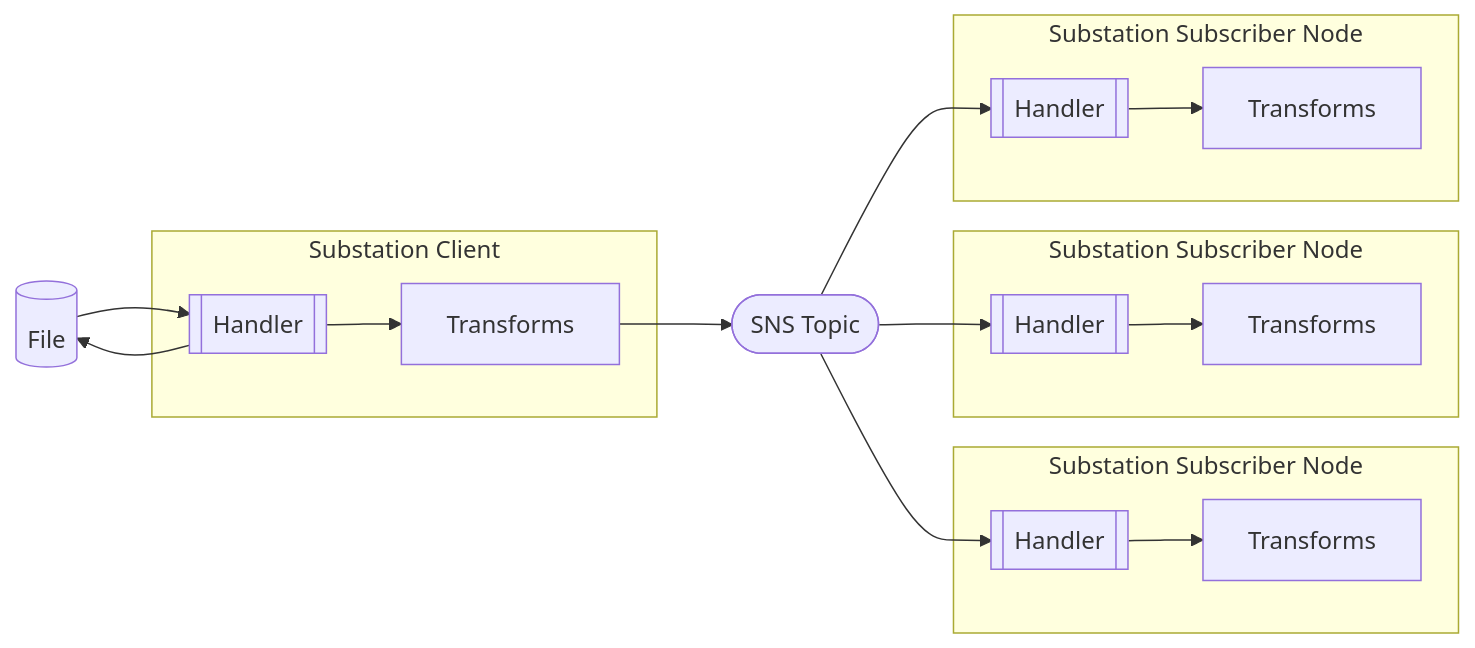
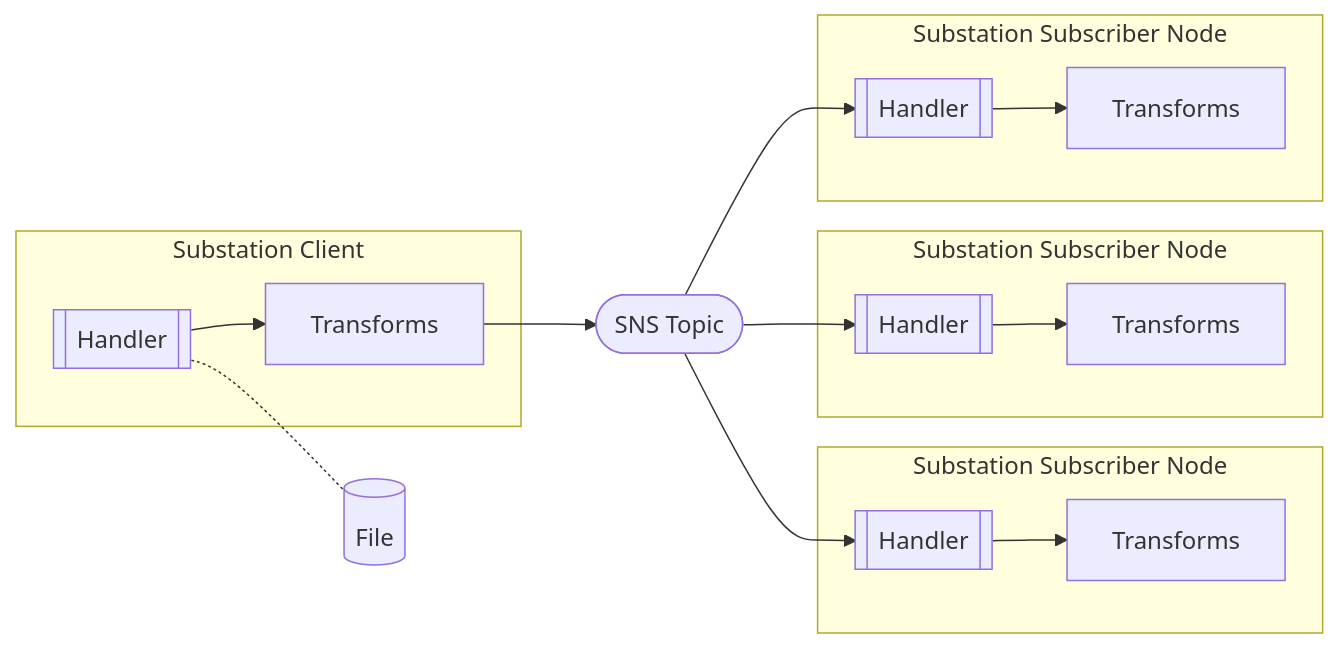
The fifth of 6 diagrams in examples/aws/README.md (brexhq/substation), drawn with Mermaid before and after one commit. The commit also changed other lines of this file, not shown here.

````diff
--- a/examples/aws/README.md
+++ b/examples/aws/README.md
@@ -128,39 +125,39 @@
 ```mermaid
 
 flowchart LR
     %% resources
     file[(File)]
     sns([SNS Topic])
 
     cliHandler[[Handler]]
     cliTransforms[Transforms]
     sub1Handler[[Handler]]
     sub1Transforms[Transforms]
     sub2Handler[[Handler]]
     sub2Transforms[Transforms]
     sub3Handler[[Handler]]
     sub3Transforms[Transforms]
 
     %% connections
-    cliHandler --> file --> cliHandler
+    cliHandler -.- file
     subgraph Substation Client 
     cliHandler --> cliTransforms
     end
 
     cliTransforms --> sns 
     sns --> sub1Handler
     sns --> sub2Handler
     sns --> sub3Handler
 
     subgraph Substation Subscriber Node 
     sub3Handler --> sub3Transforms
     end
     
     subgraph Substation Subscriber Node 
     sub2Handler --> sub2Transforms
     end
     
     subgraph Substation Subscriber Node 
     sub1Handler --> sub1Transforms
     end
 ```
````
